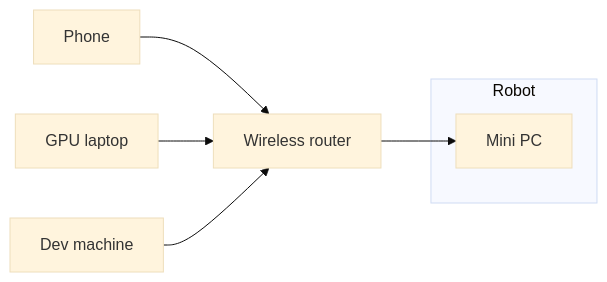
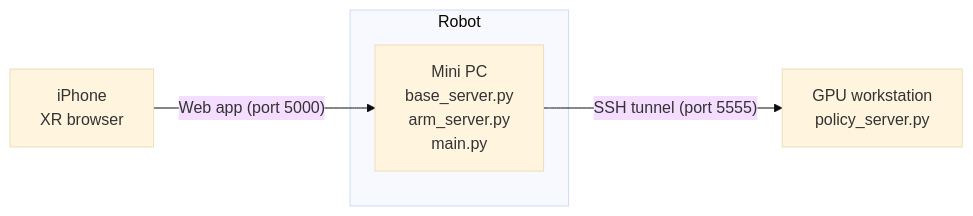
Before and after one commit to yixuanhuang98/tidybot2_policy: the diagram in README.md, drawn with Mermaid (base theme). The commit also changed other lines of this file, not shown here.

Commit message:
Rewrite README as PRPL TidyBot++ policy inference guide

````diff
--- a/README.md
+++ b/README.md
@@ -130,11 +8,10 @@
 ```mermaid
 graph LR
     subgraph Robot
-        MiniPC["Mini PC"]
+        MiniPC["Mini PC<br/>base_server.py<br/>arm_server.py<br/>main.py"]
     end
-    Router["Wireless router"]
-    Phone --> Router
-    GPULaptop["GPU laptop"] --> Router
-    DevMachine["Dev machine"] --> Router
-    Router --> MiniPC
+    GPU["GPU workstation<br/>policy_server.py"]
+    Phone["iPhone<br/>XR browser"]
+    MiniPC -- "SSH tunnel (port 5555)" --> GPU
+    Phone -- "Web app (port 5000)" --> MiniPC
 ```
````
